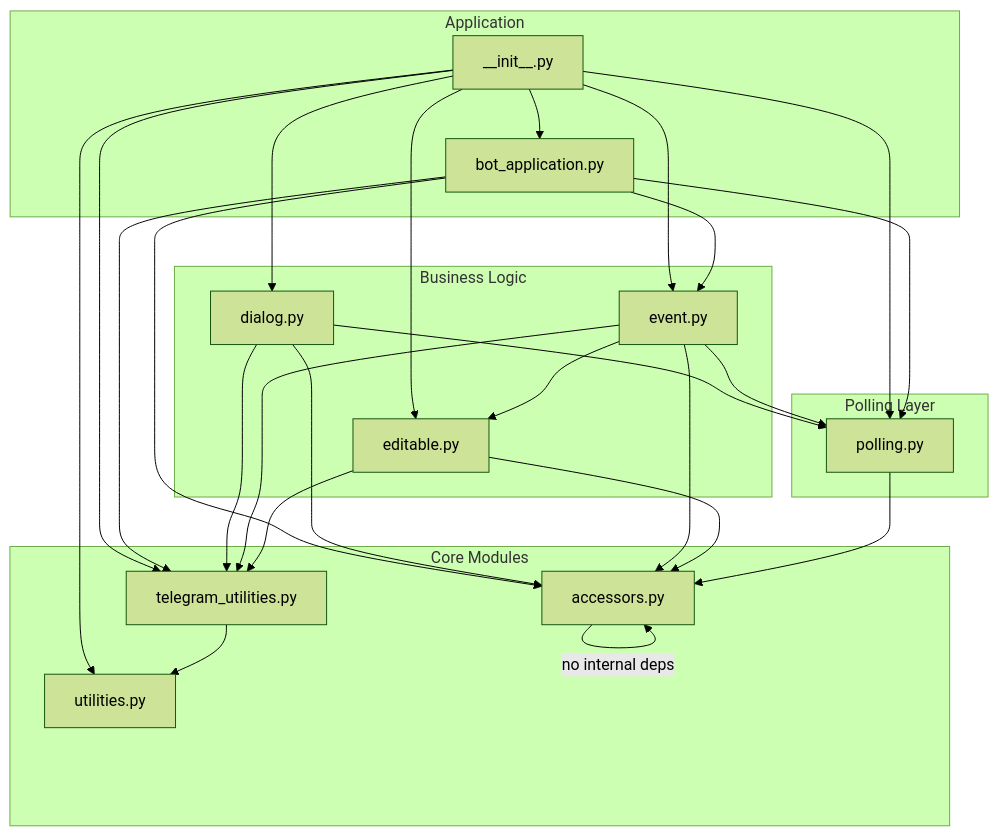
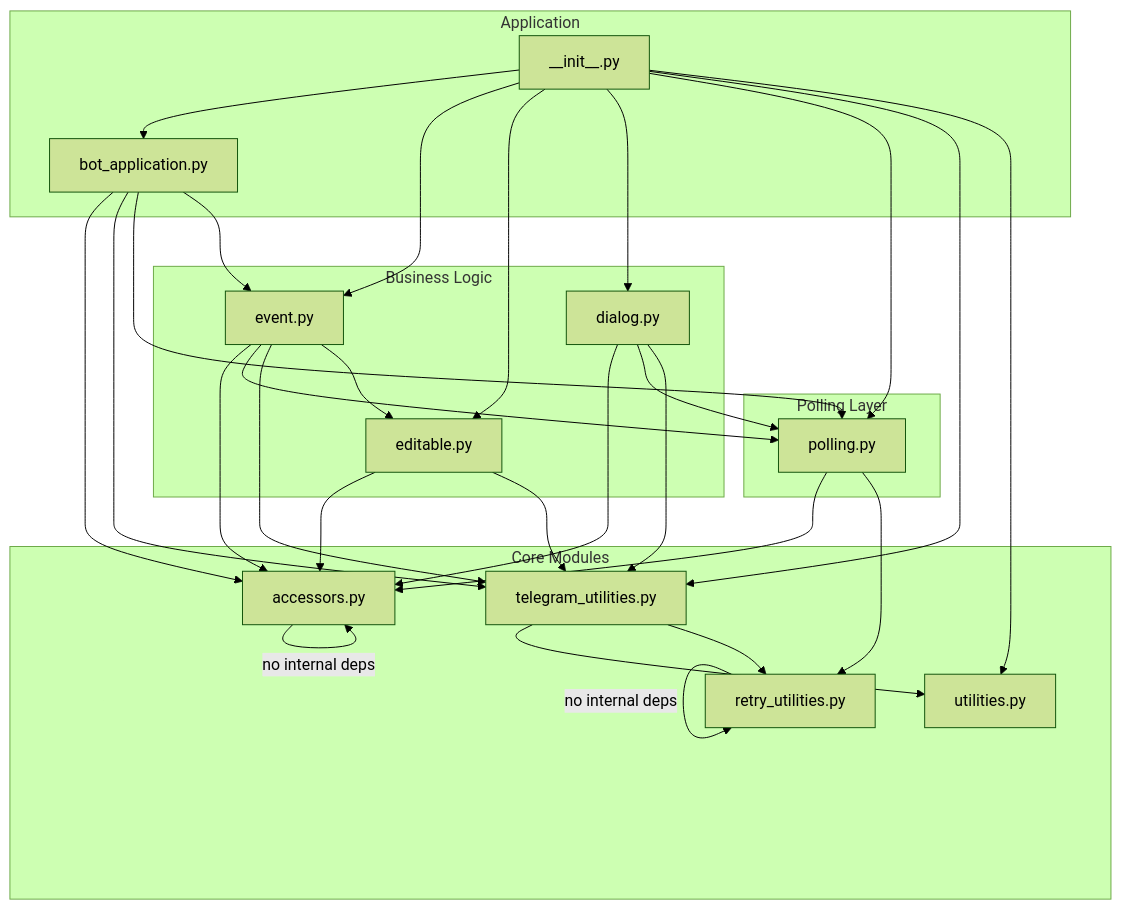
One commit to ItamarShmelo/my_bot_framework changed the first of 3 diagrams in IMPLEMENTATION.md. Above: the diagram before and after it, drawn with Mermaid (forest theme). The commit also changed other lines of this file and 9 other files, not shown here.

First line of the commit message:
Unify transient retry for send and polling

````diff
--- a/IMPLEMENTATION.md
+++ b/IMPLEMENTATION.md
@@ -59,57 +60,61 @@
 ```mermaid
 graph TD
     subgraph core [Core Modules]
         ACC[accessors.py]
+        RU[retry_utilities.py]
         TU[telegram_utilities.py]
         UTIL[utilities.py]
     end
 
     subgraph polling_layer [Polling Layer]
         POLL[polling.py]
     end
 
     subgraph business [Business Logic]
         EDITABLE[editable.py]
         EVENT[event.py]
         DIALOG[dialog.py]
     end
 
     subgraph app [Application]
         BOT[bot_application.py]
         INIT[__init__.py]
     end
 
     %% Core has no internal dependencies
     ACC --> |no internal deps| ACC
     TU --> UTIL
+    TU --> RU
+    RU --> |no internal deps| RU
 
-    %% Polling depends only on accessors
+    %% Polling depends on accessors and retry
     POLL --> ACC
+    POLL --> RU
 
     %% Business logic depends on core and polling
     EDITABLE --> ACC
     EDITABLE --> TU
     
     EVENT --> ACC
     EVENT --> POLL
     EVENT --> TU
     EVENT --> EDITABLE
 
     DIALOG --> ACC
     DIALOG --> POLL
     DIALOG --> TU
 
     %% Application depends on everything
     BOT --> ACC
     BOT --> TU
     BOT --> POLL
     BOT --> EVENT
 
     INIT --> BOT
     INIT --> EVENT
     INIT --> EDITABLE
     INIT --> DIALOG
     INIT --> POLL
     INIT --> TU
     INIT --> UTIL
 ```
````
